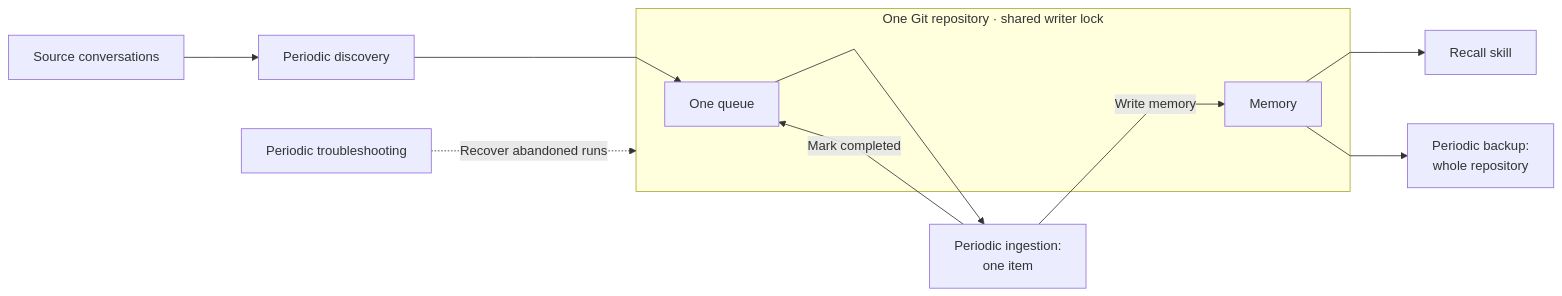
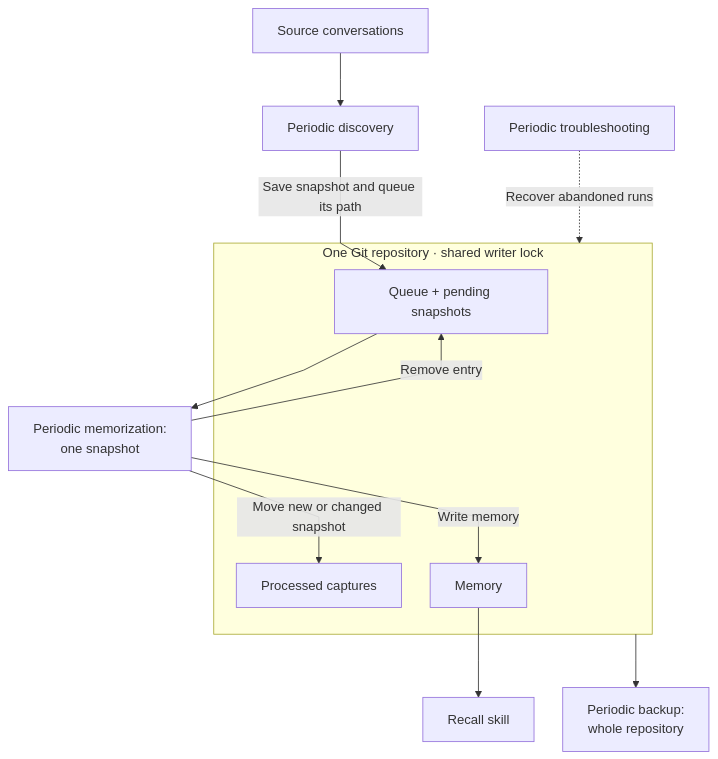
One commit to nader-najjar/ai-agnostic-memory-system changed the diagram in flow.md. Above: the diagram before and after it, drawn with Mermaid. The commit also changed other lines of this file and 6 other files, not shown here.

````diff
--- a/flow.md
+++ b/flow.md
@@ -3,19 +3,21 @@
 ```mermaid
-%%{init: {"flowchart": {"nodeSpacing": 60, "rankSpacing": 70, "curve": "linear"}}}%%
-flowchart LR
+%%{init: {"flowchart": {"nodeSpacing": 35, "rankSpacing": 65, "curve": "linear"}}}%%
+flowchart TB
     S[Source conversations] --> D[Periodic discovery]
-    D --> Q
+    D -->|Save snapshot and queue its path| Q
 
     subgraph R[One Git repository · shared writer lock]
-        Q[One queue]
+        Q[Queue + pending snapshots]
+        P[Processed captures]
         M[Memory]
     end
 
-    I[Periodic ingestion:<br/>one item] -->|Mark completed| Q
+    I[Periodic memorization:<br/>one snapshot] -->|Remove entry| Q
     Q --> I
+    I -->|Move new or changed snapshot| P
     I -->|Write memory| M
 
     M --> C[Recall skill]
-    M --> B[Periodic backup:<br/>whole repository]
+    R ----> B[Periodic backup:<br/>whole repository]
     T[Periodic troubleshooting] -.->|Recover abandoned runs| R
 ```
````
